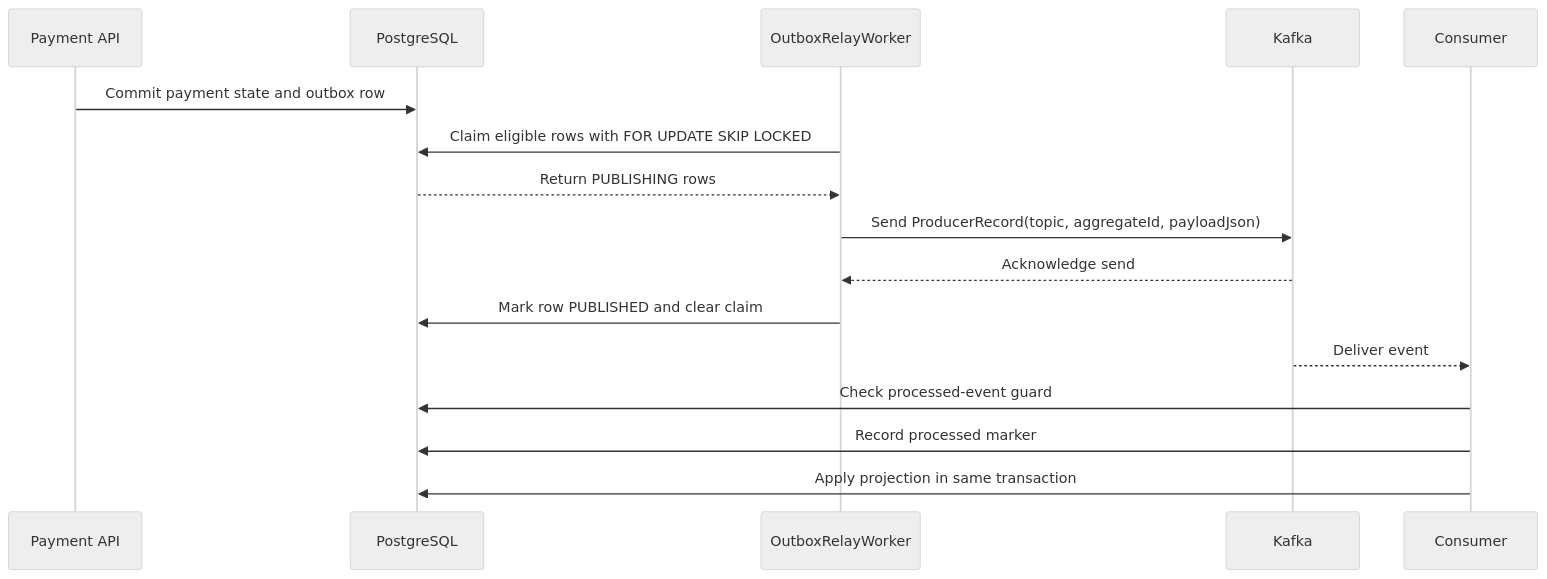
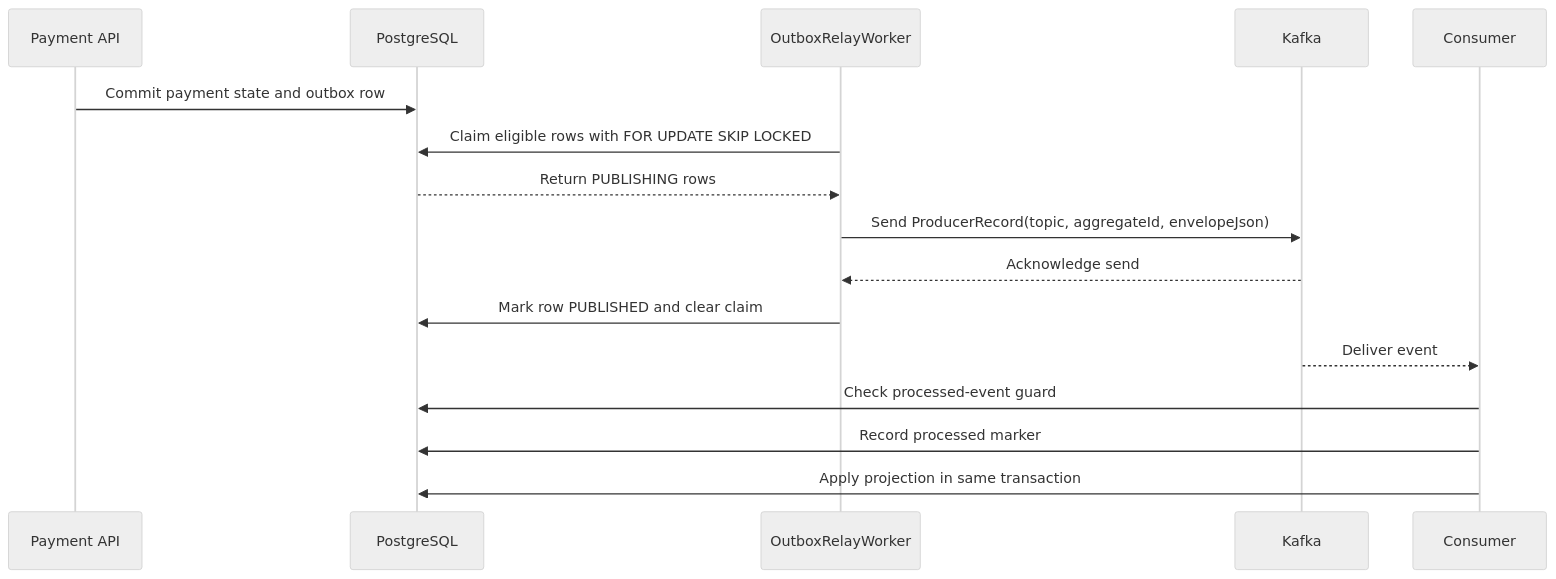
The second of 3 diagrams in docs/phase-6-messaging-and-event-apis.md (k4vrin/PaymentRiskPlatform), drawn with Mermaid (neutral theme) before and after one commit. The commit also changed other lines of this file and 49 other files, not shown here.

````diff
--- a/docs/phase-6-messaging-and-event-apis.md
+++ b/docs/phase-6-messaging-and-event-apis.md
@@ -69,19 +69,19 @@
 ```mermaid
 sequenceDiagram
     participant API as Payment API
     participant DB as PostgreSQL
     participant Relay as OutboxRelayWorker
     participant Kafka as Kafka
     participant Consumer as Consumer
 
     API->>DB: Commit payment state and outbox row
     Relay->>DB: Claim eligible rows with FOR UPDATE SKIP LOCKED
     DB-->>Relay: Return PUBLISHING rows
-    Relay->>Kafka: Send ProducerRecord(topic, aggregateId, payloadJson)
+    Relay->>Kafka: Send ProducerRecord(topic, aggregateId, envelopeJson)
     Kafka-->>Relay: Acknowledge send
     Relay->>DB: Mark row PUBLISHED and clear claim
     Kafka-->>Consumer: Deliver event
     Consumer->>DB: Check processed-event guard
     Consumer->>DB: Record processed marker
     Consumer->>DB: Apply projection in same transaction
 ```
````
